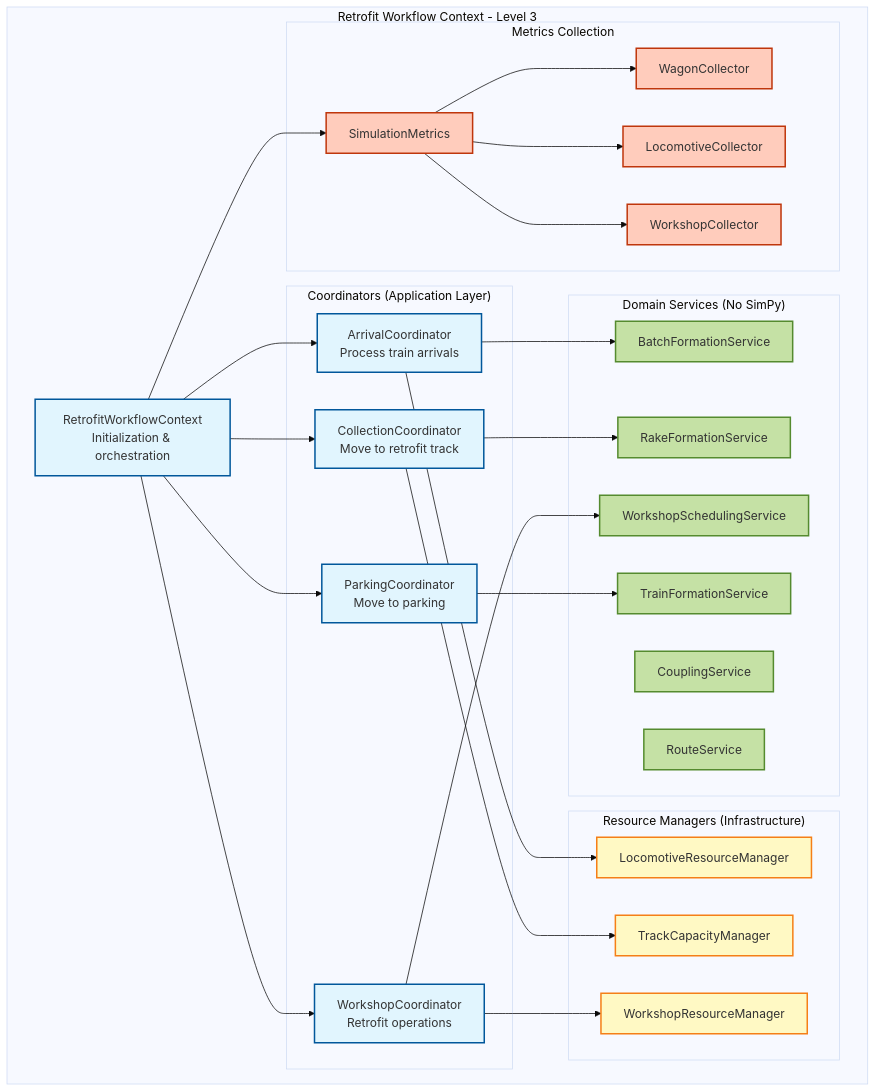
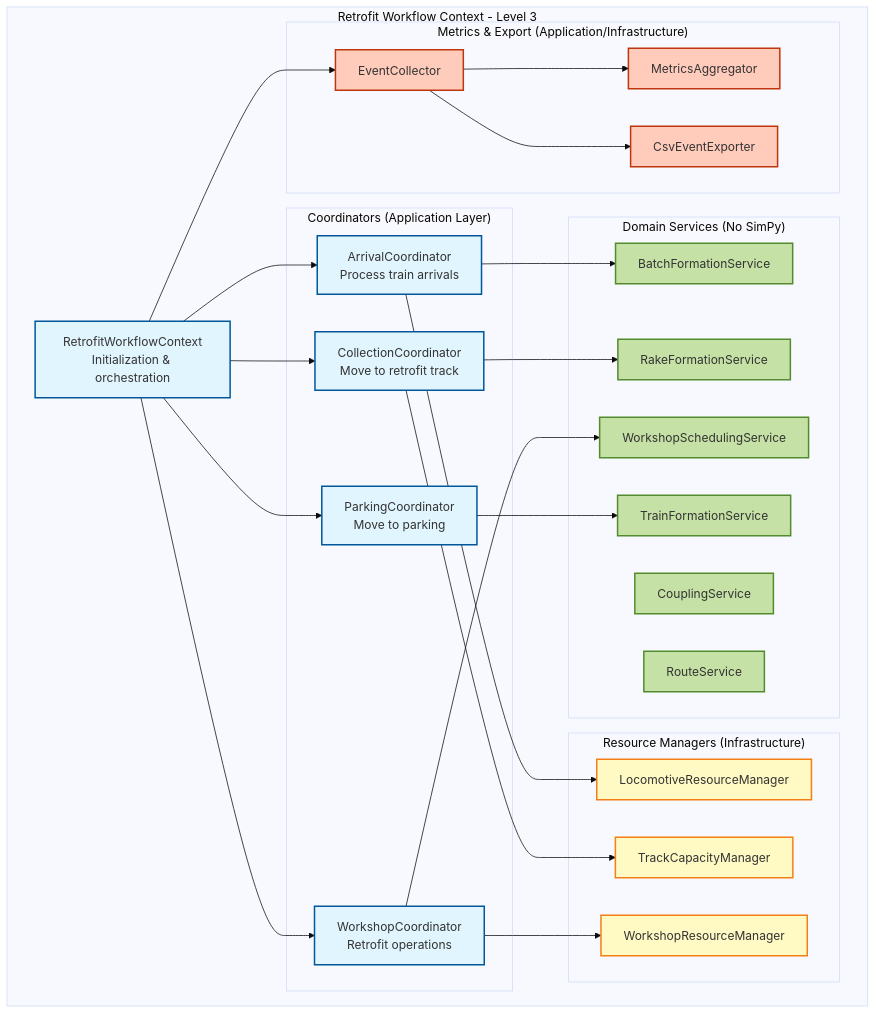
One commit to OpenRailAssociation/dac-migration-dss-popupsim changed the second of 7 diagrams in docs/mvp/architecture/05a-level3-implementation.md. Above: the diagram before and after it, drawn with Mermaid (base theme). The commit also changed other lines of this file and 73 other files, not shown here.

````diff
--- a/docs/mvp/architecture/05a-level3-implementation.md
+++ b/docs/mvp/architecture/05a-level3-implementation.md
@@ -78,64 +87,62 @@
 ```mermaid
 graph TB
     subgraph "Retrofit Workflow Context - Level 3"
         Context["RetrofitWorkflowContext<br/>Initialization & orchestration"]
         
         subgraph "Coordinators (Application Layer)"
             Arrival["ArrivalCoordinator<br/>Process train arrivals"]
             Collection["CollectionCoordinator<br/>Move to retrofit track"]
             Workshop["WorkshopCoordinator<br/>Retrofit operations"]
             Parking["ParkingCoordinator<br/>Move to parking"]
         end
         
         subgraph "Domain Services (No SimPy)"
             Batch["BatchFormationService"]
             Rake["RakeFormationService"]
             TrainForm["TrainFormationService"]
             Schedule["WorkshopSchedulingService"]
             Coupling["CouplingService"]
             Route["RouteService"]
         end
         
         subgraph "Resource Managers (Infrastructure)"
             LocoMgr["LocomotiveResourceManager"]
             TrackMgr["TrackCapacityManager"]
             WorkshopMgr["WorkshopResourceManager"]
         end
         
-        subgraph "Metrics Collection"
-            Metrics["SimulationMetrics"]
-            WagonCol["WagonCollector"]
-            LocoCol["LocomotiveCollector"]
-            WorkshopCol["WorkshopCollector"]
+        subgraph "Metrics & Export (Application/Infrastructure)"
+            Collector["EventCollector"]
+            Aggregator["MetricsAggregator"]
+            Exporter["CsvEventExporter"]
         end
     end
     
     Context --> Arrival
     Context --> Collection
     Context --> Workshop
     Context --> Parking
     
     Arrival --> Batch
     Collection --> Rake
     Workshop --> Schedule
     Parking --> TrainForm
     
     Arrival --> LocoMgr
     Collection --> TrackMgr
     Workshop --> WorkshopMgr
     
-    Context --> Metrics
-    Metrics --> WagonCol
-    Metrics --> LocoCol
-    Metrics --> WorkshopCol
+    Context --> Collector
+    Collector --> Aggregator
+    Collector --> Exporter
     
     classDef coord fill:#e1f5fe,stroke:#01579b,stroke-width:2px
     classDef domain fill:#c5e1a5,stroke:#558b2f,stroke-width:2px
     classDef resource fill:#fff9c4,stroke:#f57f17,stroke-width:2px
     classDef metrics fill:#ffccbc,stroke:#bf360c,stroke-width:2px
     
     class Context,Arrival,Collection,Workshop,Parking coord
     class Batch,Rake,TrainForm,Schedule,Coupling,Route domain
     class LocoMgr,TrackMgr,WorkshopMgr resource
-    class Metrics,WagonCol,LocoCol,WorkshopCol metrics
+    class Collector,Aggregator,Exporter metrics
 ```
````
